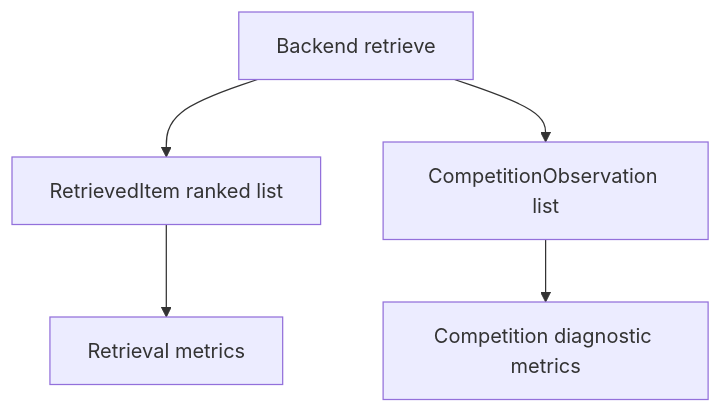
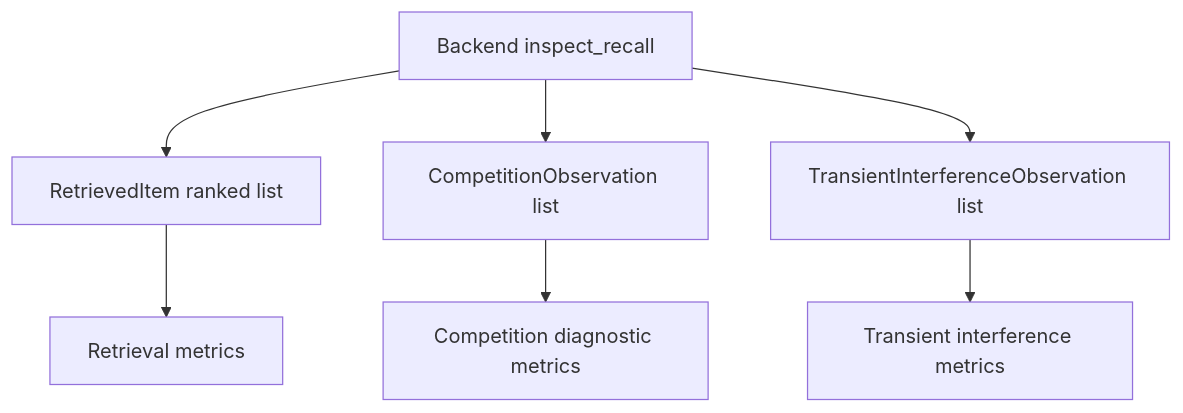
The third of 3 diagrams in docs/architecture.md (cogkura/cogkura-bench), drawn with Mermaid before and after one commit. The commit also changed other lines of this file and 32 other files, not shown here.

First line of the commit message:
Release CogKuraBench 0.3.5 with transient interference evaluation.

````diff
--- a/docs/architecture.md
+++ b/docs/architecture.md
@@ -41,10 +41,14 @@
 ```mermaid
 flowchart TB
-    retrieve[Backend retrieve]
+    inspect[Backend inspect_recall]
     items[RetrievedItem ranked list]
     retrievalMetrics[Retrieval metrics]
-    diagnostics[CompetitionObservation list]
+    competitionObs[CompetitionObservation list]
     competitionMetrics[Competition diagnostic metrics]
-    retrieve --> items --> retrievalMetrics
-    retrieve --> diagnostics --> competitionMetrics
+    transientObs[TransientInterferenceObservation list]
+    transientMetrics[Transient interference metrics]
+    inspect --> items
+    items --> retrievalMetrics
+    inspect --> competitionObs --> competitionMetrics
+    inspect --> transientObs --> transientMetrics
 ```
````
